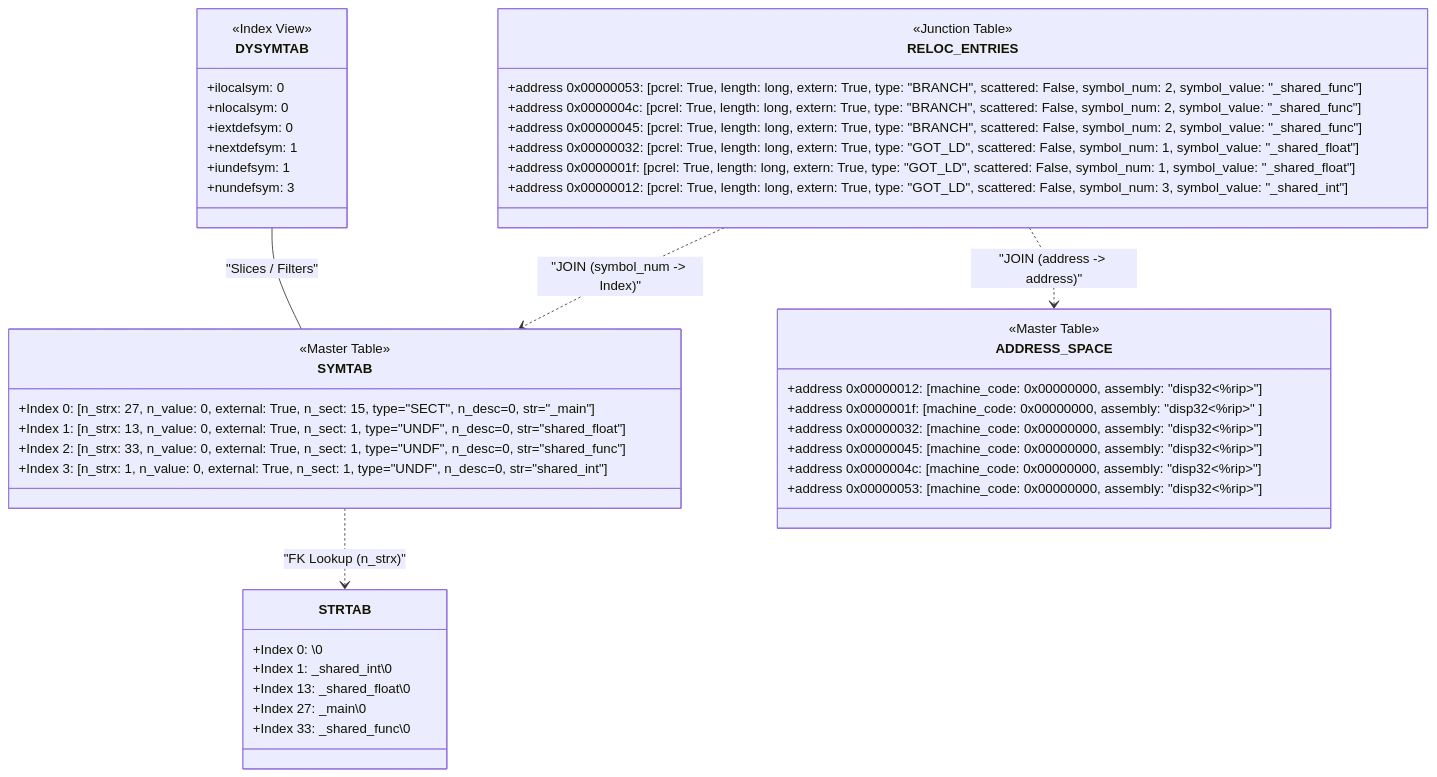
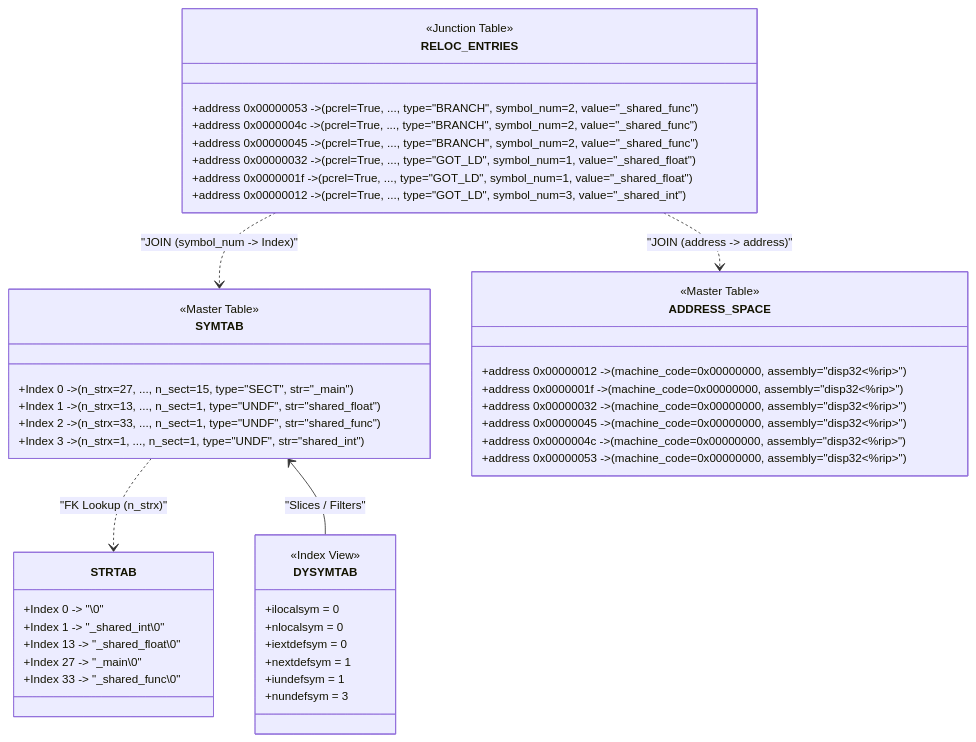
The diagram in _posts/2026-02-03-mach-o-stitching-9-relational-binaries---modeling-symbols-and-relocations-as-database-tables.md (erikyao/erikyao.github.io), drawn with Mermaid before and after one commit.

Commit message:
elaborate class diagram

````diff
--- a/_posts/2026-02-03-mach-o-stitching-9-relational-binaries---modeling-symbols-and-relocations-as-database-tables.md
+++ b/_posts/2026-02-03-mach-o-stitching-9-relational-binaries---modeling-symbols-and-relocations-as-database-tables.md
@@ -11,53 +11,60 @@
 ```mermaid
+---
+config:
+  themeVariables:
+    fontFamily: 'monospace'
+    fontSize: '14px'
+---
+
 classDiagram
     class STRTAB {
-        +Index 0: \0
-        +Index 1: _shared_int\0
-        +Index 13: _shared_float\0
-        +Index 27: _main\0
-        +Index 33: _shared_func\0
+        +Index  0 -> "\0"
+        +Index  1 -> "_shared_int\0"
+        +Index 13 -> "_shared_float\0"
+        +Index 27 -> "_main\0"
+        +Index 33 -> "_shared_func\0"
     }
 
     class SYMTAB {
         <<Master Table>>
-        +Index 0: [n_strx: 27, n_value: 0, external: True, n_sect: 15, type="SECT", n_desc=0, str="_main"]
-        +Index 1: [n_strx: 13, n_value: 0, external: True, n_sect: 1, type="UNDF", n_desc=0, str="shared_float"]
-        +Index 2: [n_strx: 33, n_value: 0, external: True, n_sect: 1, type="UNDF", n_desc=0, str="shared_func"]
-        +Index 3: [n_strx: 1, n_value: 0, external: True, n_sect: 1, type="UNDF", n_desc=0, str="shared_int"]
+        +Index 0 -> (n_strx=27, ..., n_sect=15, type="SECT", str="_main")
+        +Index 1 -> (n_strx=13, ..., n_sect=1, type="UNDF", str="shared_float")
+        +Index 2 -> (n_strx=33, ..., n_sect=1, type="UNDF", str="shared_func")
+        +Index 3 -> (n_strx=1, ..., n_sect=1, type="UNDF", str="shared_int")
     }
 
     class DYSYMTAB {
         <<Index View>>
-        +ilocalsym: 0
-        +nlocalsym: 0
-        +iextdefsym: 0
-        +nextdefsym: 1
-        +iundefsym: 1
-        +nundefsym: 3
+        +ilocalsym = 0
+        +nlocalsym = 0
+        +iextdefsym = 0
+        +nextdefsym = 1
+        +iundefsym = 1
+        +nundefsym = 3
     }
 
     class RELOC_ENTRIES {
         <<Junction Table>>
-        +address 0x00000053: [pcrel: True, length: long, extern: True, type: "BRANCH", scattered: False, symbol_num: 2, symbol_value: "_shared_func"] 
-        +address 0x0000004c: [pcrel: True, length: long, extern: True, type: "BRANCH", scattered: False, symbol_num: 2, symbol_value: "_shared_func"] 
-        +address 0x00000045: [pcrel: True, length: long, extern: True, type: "BRANCH", scattered: False, symbol_num: 2, symbol_value: "_shared_func"] 
-        +address 0x00000032: [pcrel: True, length: long, extern: True, type: "GOT_LD", scattered: False, symbol_num: 1, symbol_value: "_shared_float"] 
-        +address 0x0000001f: [pcrel: True, length: long, extern: True, type: "GOT_LD", scattered: False, symbol_num: 1, symbol_value: "_shared_float"] 
-        +address 0x00000012: [pcrel: True, length: long, extern: True, type: "GOT_LD", scattered: False, symbol_num: 3, symbol_value: "_shared_int"] 
+        +address 0x00000053 -> (pcrel=True, ..., type="BRANCH", symbol_num=2, value="_shared_func")
+        +address 0x0000004c -> (pcrel=True, ..., type="BRANCH", symbol_num=2, value="_shared_func")
+        +address 0x00000045 -> (pcrel=True, ..., type="BRANCH", symbol_num=2, value="_shared_func")
+        +address 0x00000032 -> (pcrel=True, ..., type="GOT_LD", symbol_num=1, value="_shared_float")
+        +address 0x0000001f -> (pcrel=True, ..., type="GOT_LD", symbol_num=1, value="_shared_float")
+        +address 0x00000012 -> (pcrel=True, ..., type="GOT_LD", symbol_num=3, value="_shared_int")
     }
     
     class ADDRESS_SPACE {
         <<Master Table>>
-        +address 0x00000012: [machine_code: 0x00000000, assembly: "disp32<\%rip>"]
-        +address 0x0000001f: [machine_code: 0x00000000, assembly: "disp32<\%rip>" ]
-        +address 0x00000032: [machine_code: 0x00000000, assembly: "disp32<\%rip>"]
-        +address 0x00000045: [machine_code: 0x00000000, assembly: "disp32<\%rip>"]
-        +address 0x0000004c: [machine_code: 0x00000000, assembly: "disp32<\%rip>"]
-        +address 0x00000053: [machine_code: 0x00000000, assembly: "disp32<\%rip>"]
+        +address 0x00000012 -> (machine_code=0x00000000, assembly="disp32<\%rip>")
+        +address 0x0000001f -> (machine_code=0x00000000, assembly="disp32<\%rip>")
+        +address 0x00000032 -> (machine_code=0x00000000, assembly="disp32<\%rip>")
+        +address 0x00000045 -> (machine_code=0x00000000, assembly="disp32<\%rip>")
+        +address 0x0000004c -> (machine_code=0x00000000, assembly="disp32<\%rip>")
+        +address 0x00000053 -> (machine_code=0x00000000, assembly="disp32<\%rip>")
     }
 
+    SYMTAB ..> STRTAB : "FK Lookup (n_strx)"
+    SYMTAB <-- DYSYMTAB : "Slices / Filters"
     RELOC_ENTRIES ..> SYMTAB : "JOIN (symbol_num -> Index)"
-    RELOC_ENTRIES ..> ADDRESS_SPACE : "JOIN (address -> address)"
-    SYMTAB ..> STRTAB : "FK Lookup (n_strx)"
-    DYSYMTAB -- SYMTAB : "Slices / Filters"
+    RELOC_ENTRIES ..> ADDRESS_SPACE : "JOIN (address -> address)" 
 ```
````
